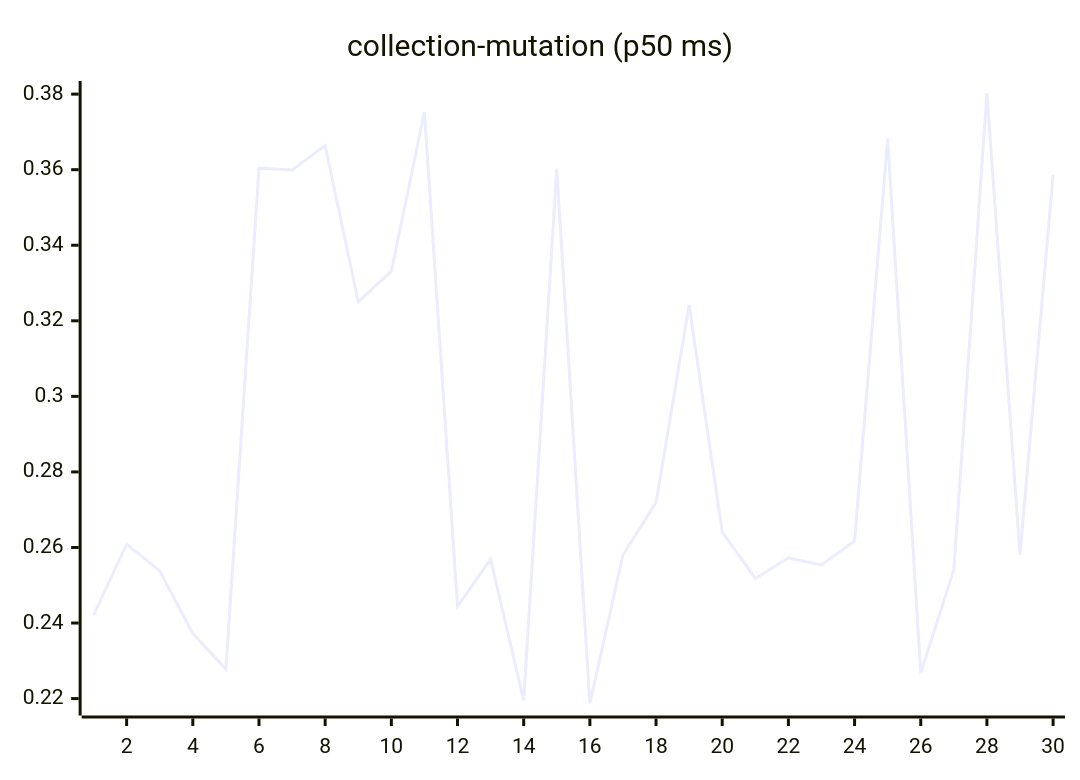
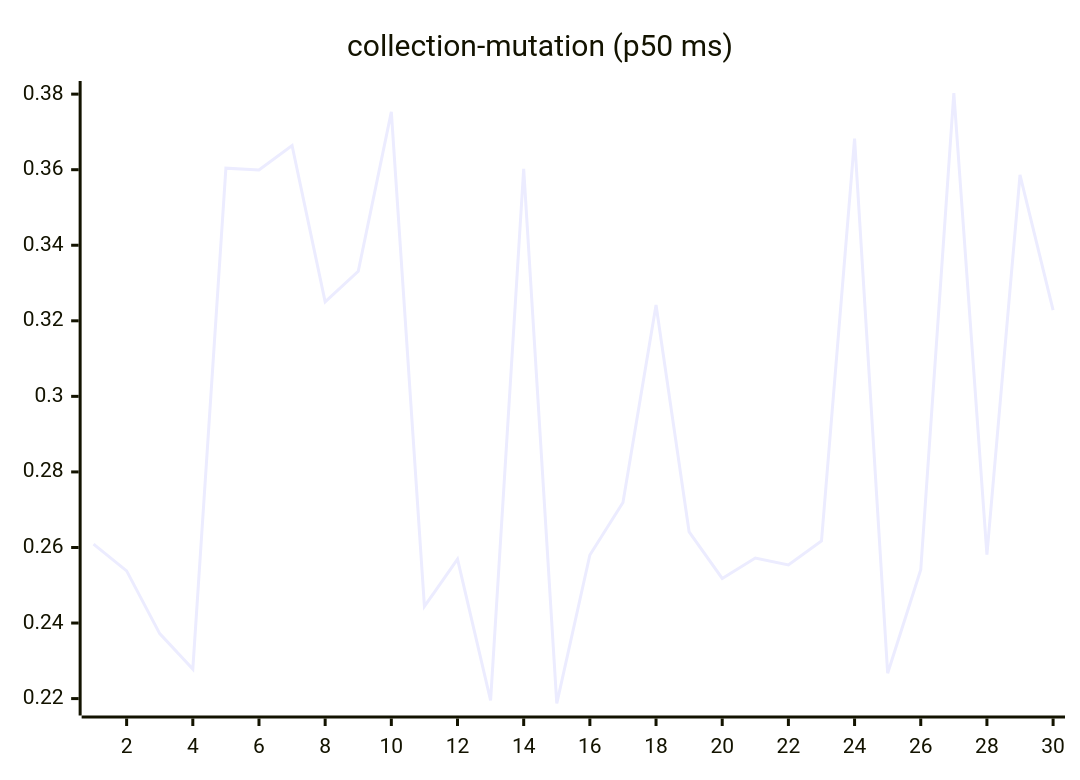
Before and after one commit to josha/Facet: the sixth of 27 diagrams in README.md, drawn with Mermaid. The commit also changed other lines of this file and 2 other files, not shown here.

````diff
--- a/README.md
+++ b/README.md
@@ -98,6 +98,6 @@
 ```mermaid
 xychart-beta
     title "collection-mutation (p50 ms)"
     x-axis 1 --> 30
-    line [0.2421, 0.2609, 0.2538, 0.2372, 0.2278, 0.3604, 0.3599, 0.3664, 0.3250, 0.3331, 0.3753, 0.2444, 0.2569, 0.2195, 0.3602, 0.2187, 0.2580, 0.2719, 0.3242, 0.2641, 0.2518, 0.2572, 0.2554, 0.2617, 0.3682, 0.2267, 0.2541, 0.3803, 0.2581, 0.3586]
+    line [0.2609, 0.2538, 0.2372, 0.2278, 0.3604, 0.3599, 0.3664, 0.3250, 0.3331, 0.3753, 0.2444, 0.2569, 0.2195, 0.3602, 0.2187, 0.2580, 0.2719, 0.3242, 0.2641, 0.2518, 0.2572, 0.2554, 0.2617, 0.3682, 0.2267, 0.2541, 0.3803, 0.2581, 0.3586, 0.3228]
 ```
````
